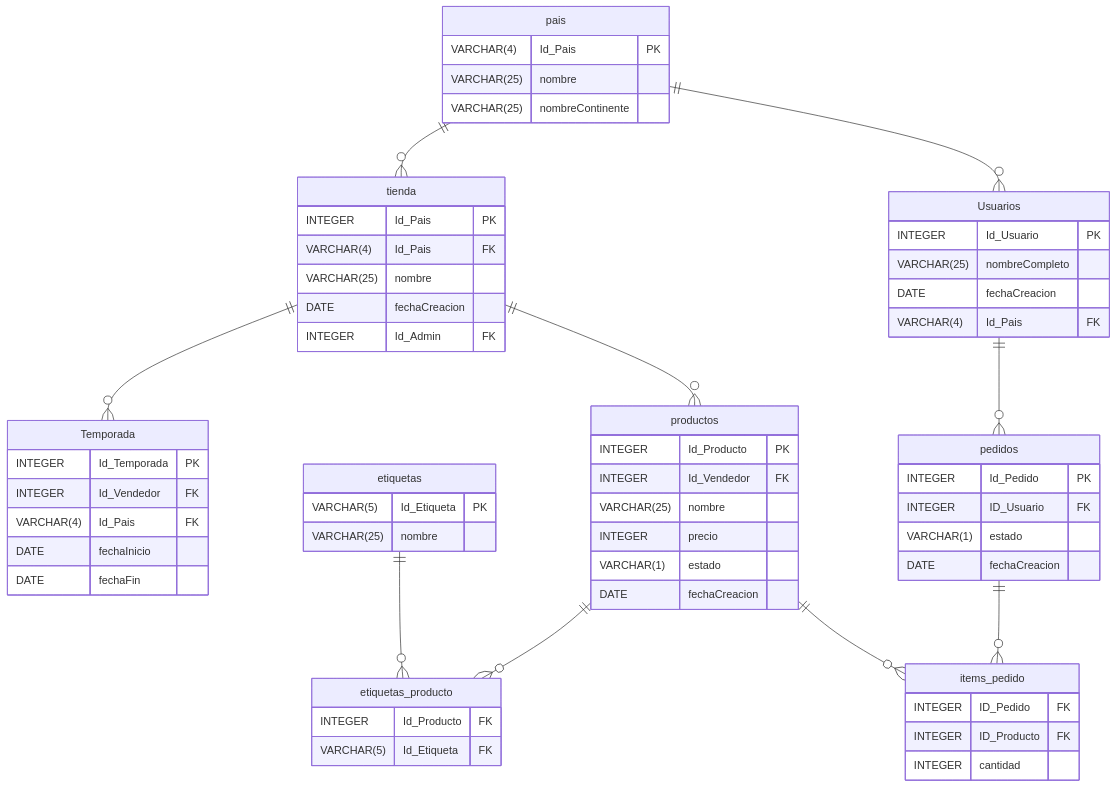
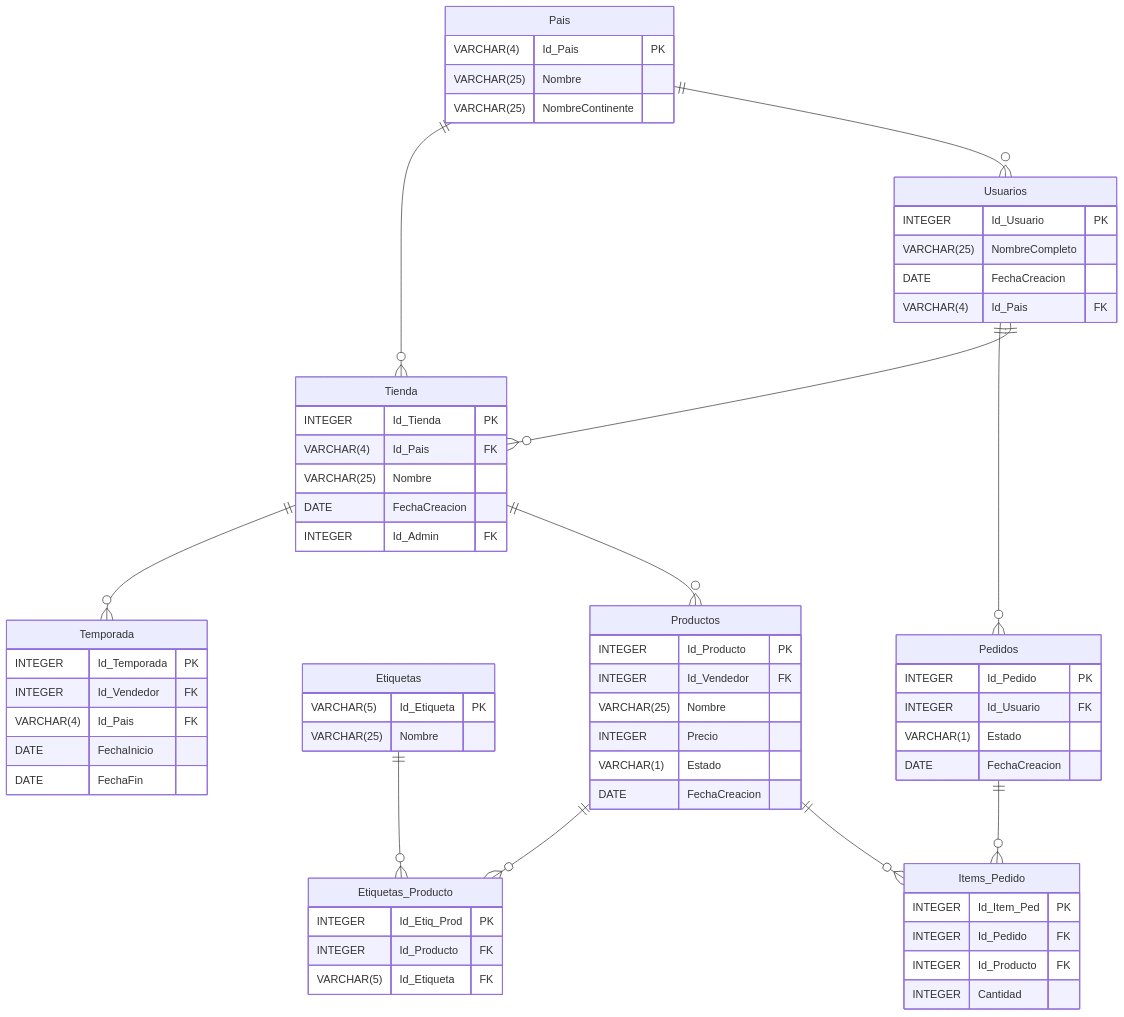
Before and after one commit to augustocristian/teaching-resources: the third of 6 diagrams in EPIG-IND-ComputerScienceFundamentals/exercises/2_exercises_BBDD.md, drawn with Mermaid. The commit also changed other lines of this file, not shown here.

````diff
--- a/EPIG-IND-ComputerScienceFundamentals/exercises/2_exercises_BBDD.md
+++ b/EPIG-IND-ComputerScienceFundamentals/exercises/2_exercises_BBDD.md
@@ -239,76 +237,79 @@
 ```mermaid
 erDiagram
-    productos {
+    Productos {
         INTEGER Id_Producto PK
         INTEGER Id_Vendedor FK
-        VARCHAR(25) nombre
-        INTEGER precio
-        VARCHAR(1) estado
-        DATE fechaCreacion
+        VARCHAR(25) Nombre
+        INTEGER Precio
+        VARCHAR(1) Estado
+        DATE FechaCreacion
     }
 
-    etiquetas_producto {
+    Etiquetas_Producto {
+        INTEGER Id_Etiq_Prod PK
         INTEGER Id_Producto FK
         VARCHAR(5) Id_Etiqueta FK
     }
 
-    etiquetas {
+    Etiquetas {
         VARCHAR(5) Id_Etiqueta PK
-        VARCHAR(25) nombre
+        VARCHAR(25) Nombre
     }
 
-    items_pedido {
-        INTEGER ID_Pedido FK
-        INTEGER ID_Producto FK
-        INTEGER cantidad
+    Items_Pedido {
+        INTEGER Id_Item_Ped PK
+        INTEGER Id_Pedido FK
+        INTEGER Id_Producto FK
+        INTEGER Cantidad
     }
 
-    pedidos {
+    Pedidos {
         INTEGER Id_Pedido PK
-        INTEGER ID_Usuario FK
-        VARCHAR(1) estado
-        DATE fechaCreacion
+        INTEGER Id_Usuario FK
+        VARCHAR(1) Estado
+        DATE FechaCreacion
     }
 
-    pais {
+    Pais {
         VARCHAR(4) Id_Pais PK
-        VARCHAR(25) nombre
-        VARCHAR(25) nombreContinente
+        VARCHAR(25) Nombre
+        VARCHAR(25) NombreContinente
     }
 
-    tienda {
-        INTEGER Id_Pais PK
+    Tienda {
+        INTEGER Id_Tienda PK
         VARCHAR(4) Id_Pais FK
-        VARCHAR(25) nombre
-        DATE fechaCreacion
+        VARCHAR(25) Nombre
+        DATE FechaCreacion
         INTEGER Id_Admin FK
     }
 
     Usuarios {
         INTEGER Id_Usuario PK
-        VARCHAR(25) nombreCompleto
-        DATE fechaCreacion
+        VARCHAR(25) NombreCompleto
+        DATE FechaCreacion
         VARCHAR(4) Id_Pais FK
     }
 
     Temporada {
         INTEGER Id_Temporada PK
         INTEGER Id_Vendedor FK
         VARCHAR(4) Id_Pais FK
-        DATE fechaInicio
-        DATE fechaFin
+        DATE FechaInicio
+        DATE FechaFin
     }
 
 %% Relaciones
-    productos ||--o{ etiquetas_producto: ""
-    etiquetas ||--o{ etiquetas_producto: ""
-    pedidos ||--o{ items_pedido: ""
-    productos ||--o{ items_pedido: ""
-    Usuarios ||--o{ pedidos : ""
-    pais ||--o{ tienda: ""
-    pais ||--o{ Usuarios: ""
-    tienda ||--o{ Temporada: ""
-    tienda ||--o{ productos: ""
+    Productos ||--o{ Etiquetas_Producto: ""
+    Etiquetas ||--o{ Etiquetas_Producto: ""
+    Pedidos ||--o{ Items_Pedido: ""
+    Productos ||--o{ Items_Pedido: ""
+    Usuarios ||--o{ Pedidos : ""
+    Pais ||--o{ Tienda: ""
+    Pais ||--o{ Usuarios: ""
+    Tienda ||--o{ Temporada: ""
+    Tienda ||--o{ Productos: ""
+    Usuarios ||--o{ Tienda: ""
 
 
 ```
````
